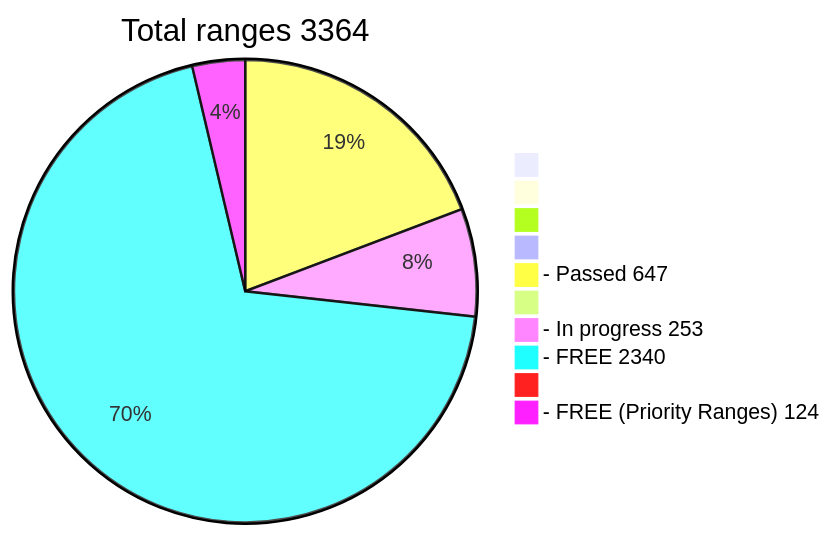
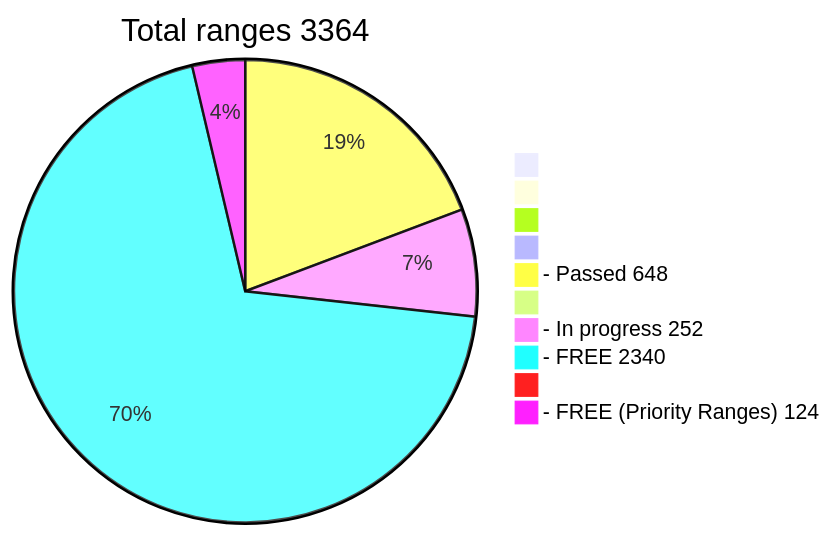
Before and after one commit to phrutis/wif500: the diagram in README.md, drawn with Mermaid.

````diff
--- a/README.md
+++ b/README.md
@@ -16,13 +16,13 @@
 ```mermaid
 pie title Total ranges 3364
              " " : 0
             "  " : 0
            "   " : 0
           "    " : 0
-  "- Passed 647" : 647
+  "- Passed 648" : 648
          "     " : 0
-  "- In progress 253" : 253
+  "- In progress 252" : 252
    "- FREE 2340" : 2340
         "      " : 0
   "- FREE (Priority Ranges) 124" : 124
 ```
````
